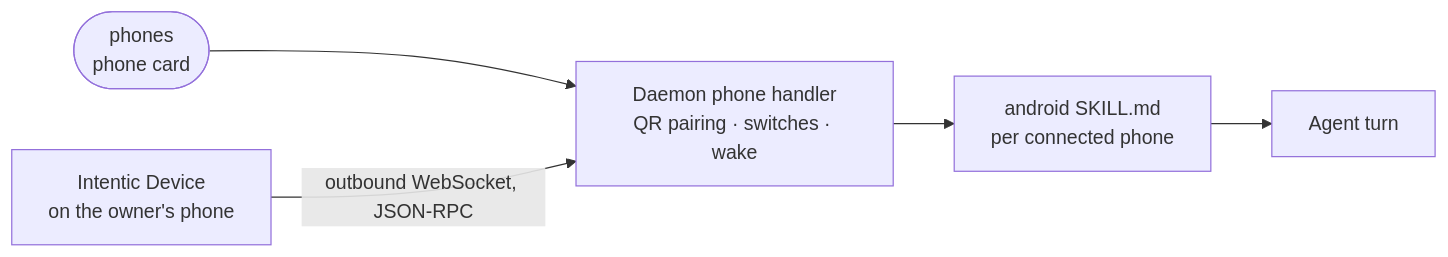
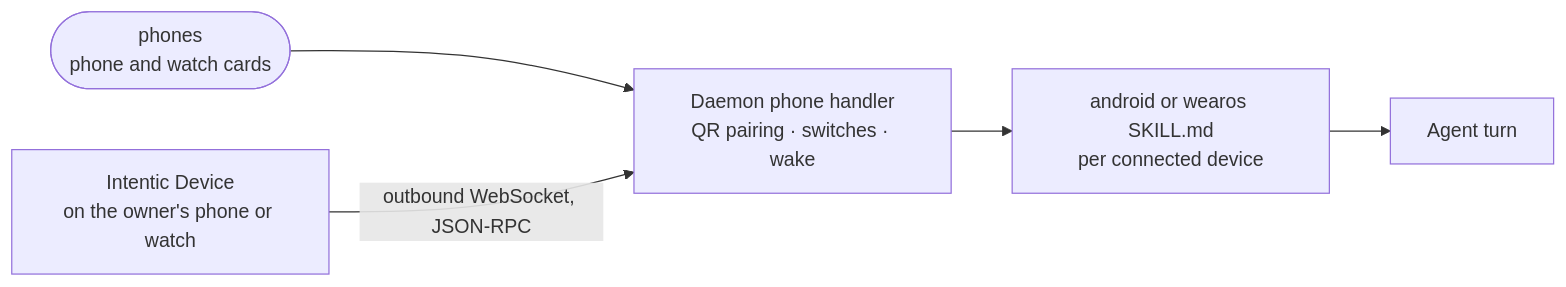
The diagram in _extensions/phones/README.md (intentic/intentic), drawn with Mermaid before and after one commit. The commit also changed other lines of this file and 61 other files, not shown here.

First line of the commit message:
feat(phones): add wearos capability with WatchActivity, PauseWearTile, and watchPairingLink in one

````diff
--- a/_extensions/phones/README.md
+++ b/_extensions/phones/README.md
@@ -5,7 +5,7 @@
 ```mermaid
 flowchart LR
-    card(["phones<br/>phone card"]) --> daemon["Daemon phone handler<br/>QR pairing · switches · wake"]
-    app["Intentic Device<br/>on the owner's phone"] -->|"outbound WebSocket, JSON-RPC"| daemon
-    daemon --> skill["android SKILL.md<br/>per connected phone"]
+    card(["phones<br/>phone and watch cards"]) --> daemon["Daemon phone handler<br/>QR pairing · switches · wake"]
+    app["Intentic Device<br/>on the owner's phone or watch"] -->|"outbound WebSocket, JSON-RPC"| daemon
+    daemon --> skill["android or wearos SKILL.md<br/>per connected device"]
     skill --> agent["Agent turn"]
 ```
````
